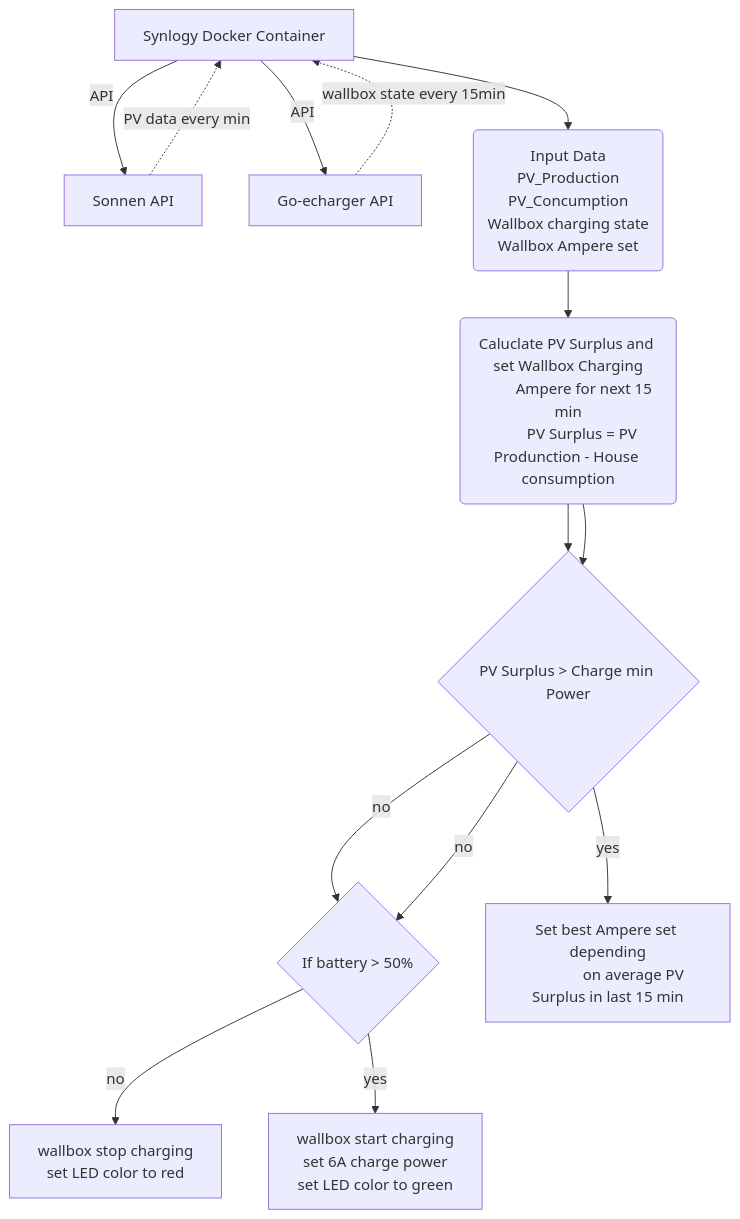
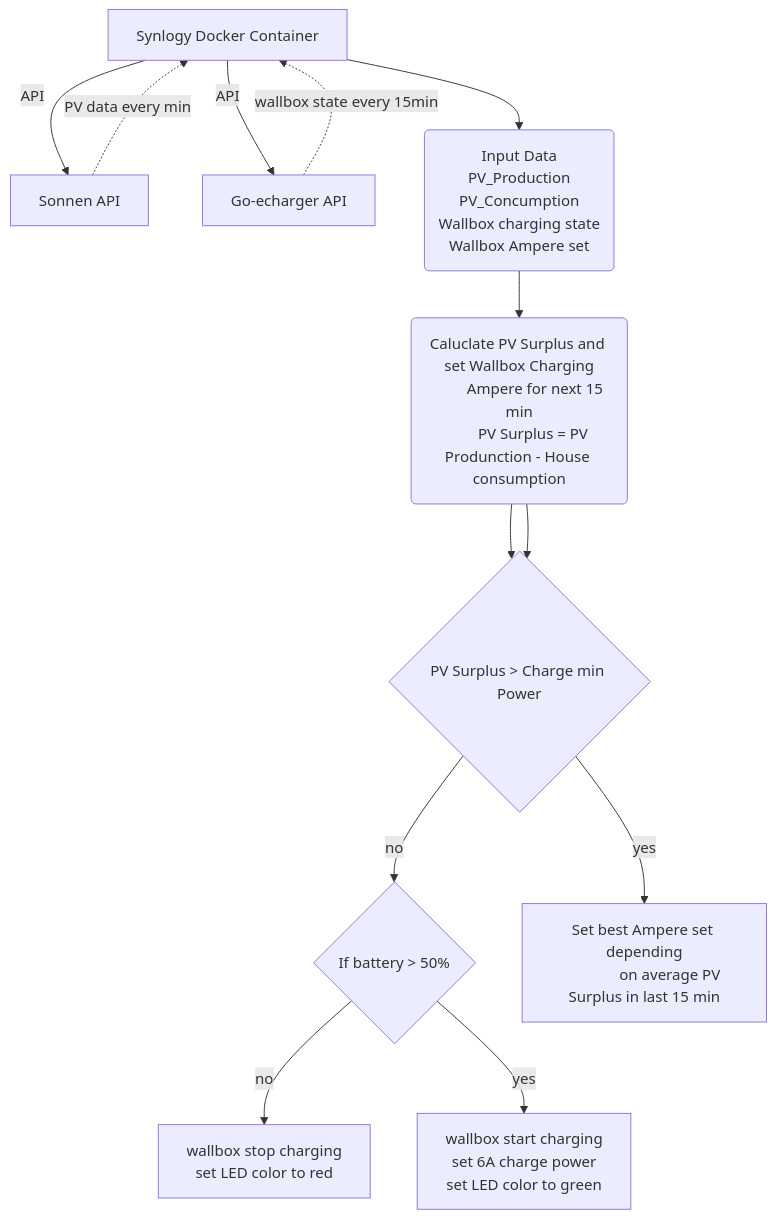
One commit to schwabenschulle/pvcharger changed the diagram in README.md. Above: the diagram before and after it, drawn with Mermaid.

````diff
--- a/README.md
+++ b/README.md
@@ -22,27 +22,26 @@
 ```mermaid
 graph TD
 A[Synlogy Docker Container] -->|API| B[Sonnen API]
 B[Sonnen API] -.->|PV data every min| A[Synlogy Docker Container]
 A[Synlogy Docker Container] -->|API| C[Go-echarger API]
 C[Go-echarger API] -.->|wallbox state every 15min| A[Synlogy Docker Container]
 A[Synlogy Docker Container] -->D("Input Data
                 PV_Production
                 PV_Concumption
                 Wallbox charging state
                 Wallbox Ampere set")
 D --> E("Caluclate PV Surplus and set Wallbox Charging
          Ampere for next 15 min
         PV Surplus = PV Produnction - House consumption")
 E --> F{"PV Surplus > Charge min Power"}
 F -->|no| G{"If battery > 50%"}
 E --> F{"PV Surplus > Charge min Power"}
-F -->|no| G{"If battery > 50%"}
 G --> |no| H["wallbox stop charging
              set LED color to red"]
 G -->|yes| I["wallbox start charging
               set 6A charge power
               set LED color to green"]
 F -->|yes| J["Set best Ampere set depending
               on average PV Surplus in last 15 min"]
 
 ```
````
